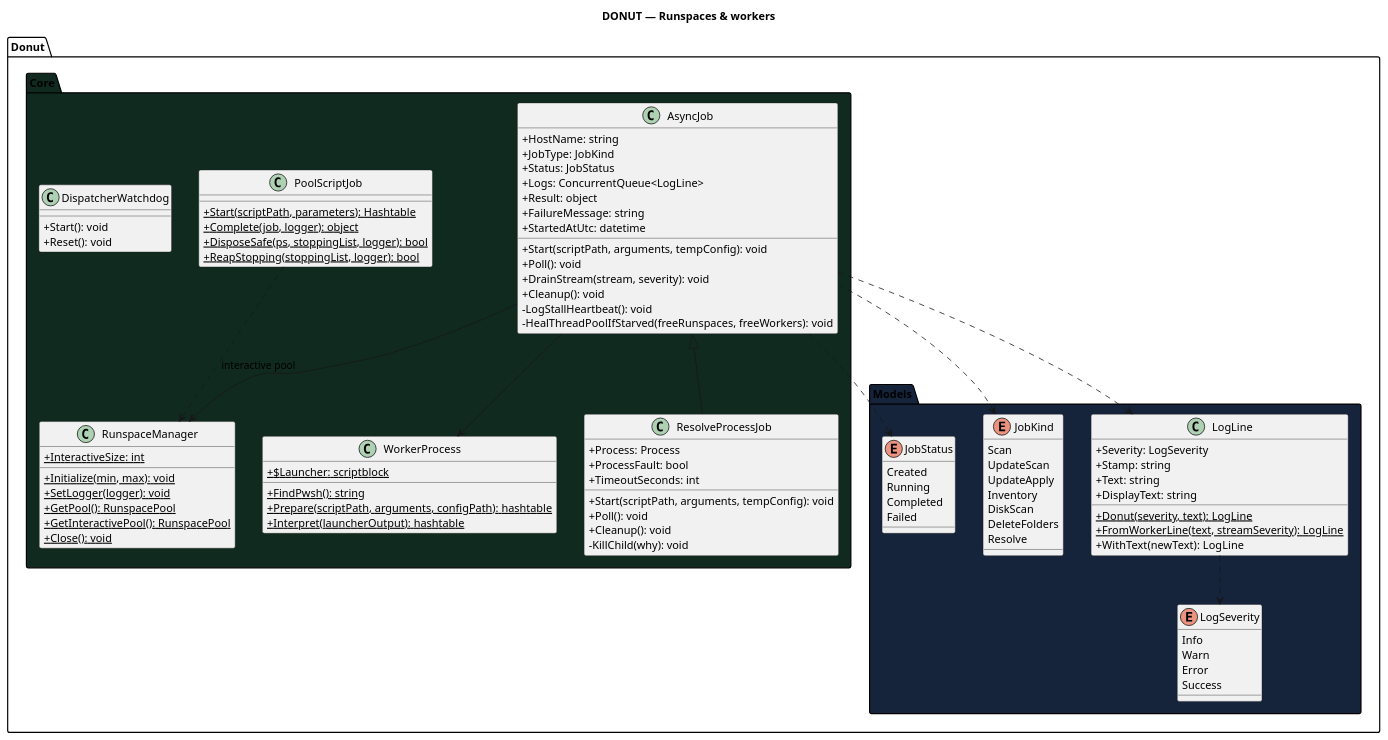
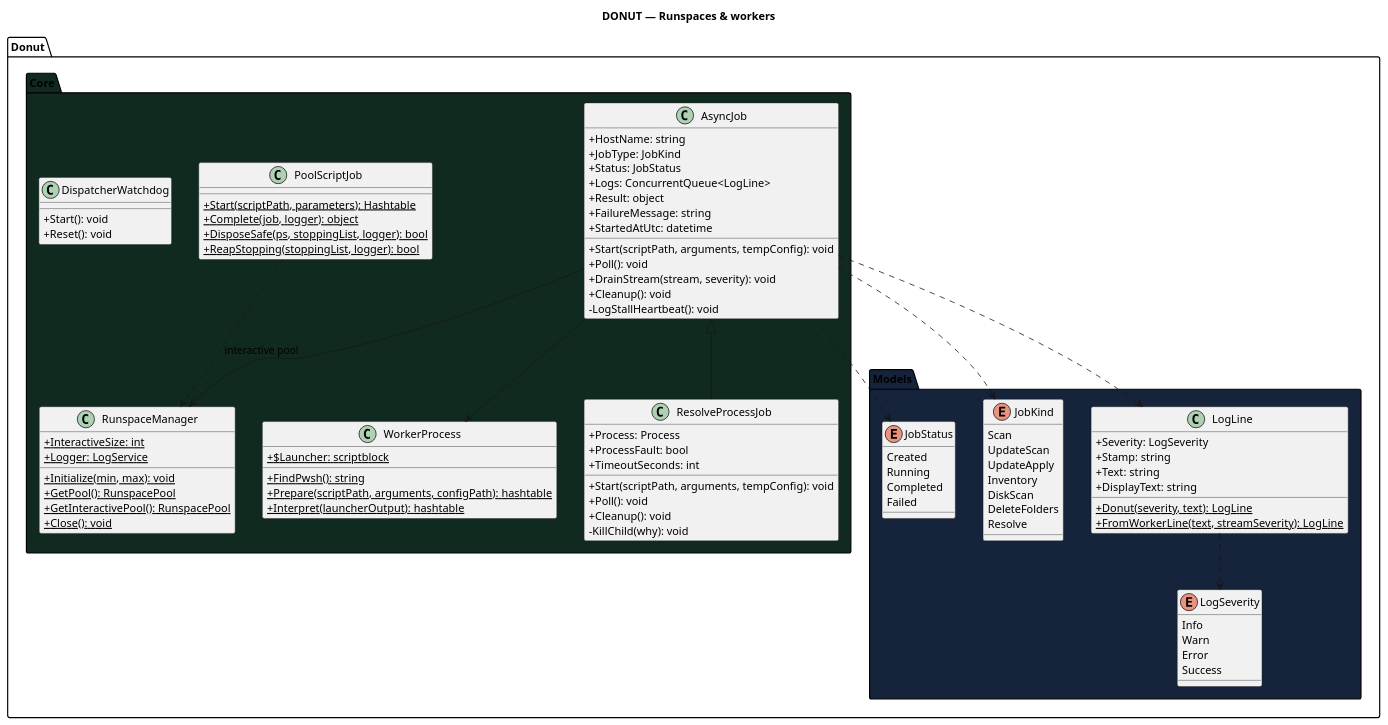
One commit to Danial-Changez/DONUT changed the diagram in docs/diagrams/class_runspaces.puml. Above: the diagram before and after it, drawn with PlantUML. The commit also changed 112 other files, not shown here.

```diff
--- a/docs/diagrams/class_runspaces.puml
+++ b/docs/diagrams/class_runspaces.puml
@@ -1,107 +1,105 @@
 @startuml class_runspaces
 title DONUT — Runspaces & workers
 skinparam classAttributeIconSize 0
 
 ' Subsystem cut of the retired all-in-one class diagram: the job/runspace
 ' infrastructure only. Cross-subsystem wiring lives in component_diagram.
 package "Donut.Core" #102A20 {
     class RunspaceManager {
         +{static} InteractiveSize: int
+        +{static} Logger: LogService
         +{static} Initialize(min, max): void
-        +{static} SetLogger(logger): void
         +{static} GetPool(): RunspacePool
         +{static} GetInteractivePool(): RunspacePool
         +{static} Close(): void
     }
 
     class AsyncJob {
         +HostName: string
         +JobType: JobKind
         +Status: JobStatus
         +Logs: ConcurrentQueue<LogLine>
         +Result: object
         +FailureMessage: string
         +StartedAtUtc: datetime
         +Start(scriptPath, arguments, tempConfig): void
         +Poll(): void
         +DrainStream(stream, severity): void
         +Cleanup(): void
         -LogStallHeartbeat(): void
-        -HealThreadPoolIfStarved(freeRunspaces, freeWorkers): void
     }
 
     class WorkerProcess {
         +{static} $Launcher: scriptblock
         +{static} FindPwsh(): string
         +{static} Prepare(scriptPath, arguments, configPath): hashtable
         +{static} Interpret(launcherOutput): hashtable
     }
 
     class ResolveProcessJob extends AsyncJob {
         +Process: Process
         +ProcessFault: bool
         +TimeoutSeconds: int
         +Start(scriptPath, arguments, tempConfig): void
         +Poll(): void
         +Cleanup(): void
         -KillChild(why): void
     }
 
     class PoolScriptJob {
         +{static} Start(scriptPath, parameters): Hashtable
         +{static} Complete(job, logger): object
         +{static} DisposeSafe(ps, stoppingList, logger): bool
         +{static} ReapStopping(stoppingList, logger): bool
     }
 
     class DispatcherWatchdog {
         +Start(): void
         +Reset(): void
     }
 }
 
 package "Donut.Models" #15233B {
     enum JobStatus {
         Created
         Running
         Completed
         Failed
     }
 
     enum JobKind {
         Scan
         UpdateScan
         UpdateApply
         Inventory
         DiskScan
         DeleteFolders
         Resolve
     }
 
     enum LogSeverity {
         Info
         Warn
         Error
         Success
     }
 
     class LogLine {
         +Severity: LogSeverity
         +Stamp: string
         +Text: string
         +DisplayText: string
         +{static} Donut(severity, text): LogLine
         +{static} FromWorkerLine(text, streamSeverity): LogLine
-        +WithText(newText): LogLine
     }
 }
 
 AsyncJob --> RunspaceManager
 AsyncJob --> WorkerProcess
 PoolScriptJob ..> RunspaceManager : interactive pool
 AsyncJob ..> JobStatus
 AsyncJob ..> JobKind
 AsyncJob ..> LogLine
 LogLine ..> LogSeverity
 
 @enduml
```
